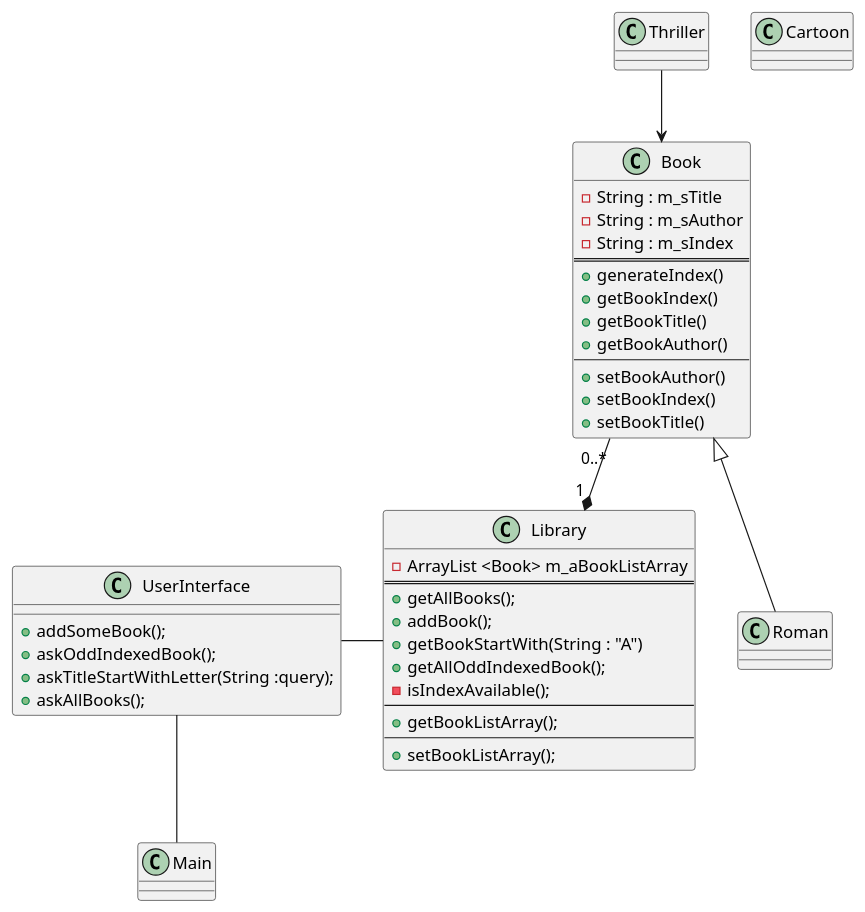
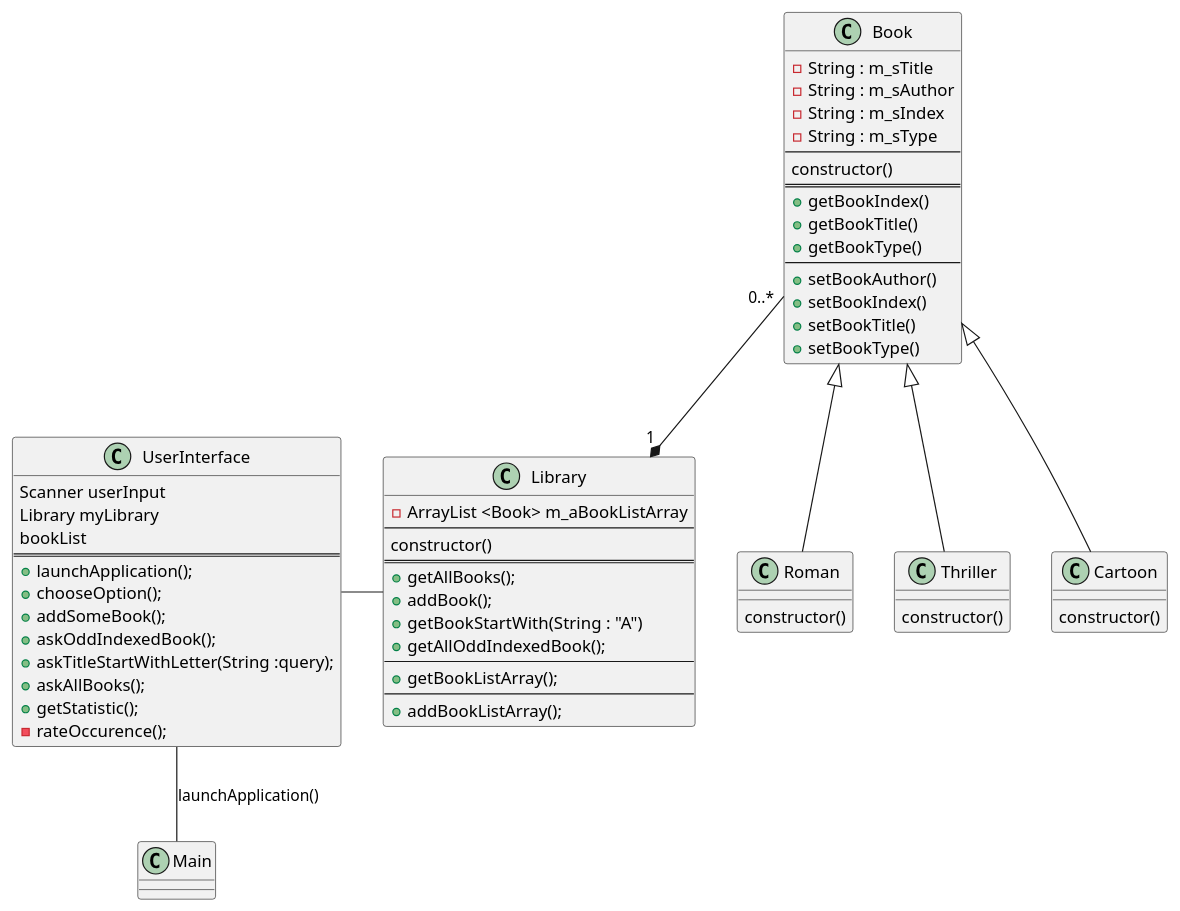
The diagram in src/com/company/classDiagramm.puml (tankarasu/bibliotheque_exo_JAVA_ITESCIA), drawn with PlantUML before and after one commit. The commit also changed 17 other files, not shown here.

```diff
--- a/src/com/company/classDiagramm.puml
+++ b/src/com/company/classDiagramm.puml
@@ -1,52 +1,71 @@
 @startuml
 
 class Book{
 - String : m_sTitle
 - String : m_sAuthor
 - String : m_sIndex
+- String : m_sType
+--
+constructor()
 ==
-+ generateIndex()
 + getBookIndex()
 + getBookTitle()
-+ getBookAuthor()
++ getBookType()
 --
 + setBookAuthor()
 + setBookIndex()
 + setBookTitle()
++ setBookType()
 }
 
 Book "0..*" --* "1 " Library
 
 class Library{
 - ArrayList <Book> m_aBookListArray
+--
+constructor()
 ==
 + getAllBooks();
 + addBook();
 + getBookStartWith(String : "A")
 + getAllOddIndexedBook();
-- isIndexAvailable();
 --
 + getBookListArray();
 --
-+ setBookListArray();
++ addBookListArray();
 }
 
 class UserInterface{
+Scanner userInput
+Library myLibrary
+bookList
+==
++ launchApplication();
++ chooseOption();
 + addSomeBook();
 + askOddIndexedBook();
 + askTitleStartWithLetter(String :query);
 + askAllBooks();
++ getStatistic();
+- rateOccurence();
 }
 
-class Roman extends Book{}
-class Thriller {}
-Thriller --> Book
-class Cartoon{}
+class Roman extends Book{
+constructor()
+}
+
+class Thriller extends Book {
+constructor()
+}
+
+class Cartoon extends Book{
+constructor()
+}
 
 class Main{
 
 }
 
 UserInterface  - Library
-UserInterface -- Main
+UserInterface -- Main :  launchApplication()
 @enduml
```
